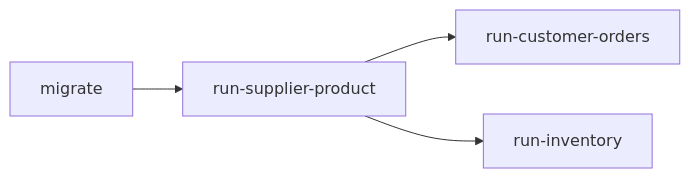
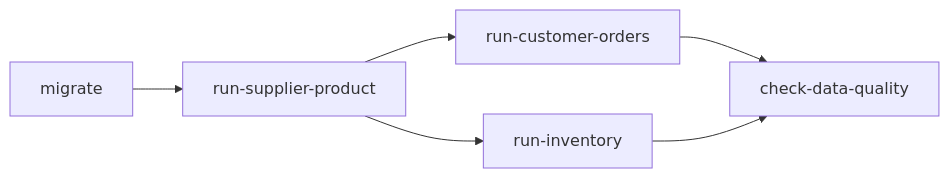
Before and after one commit to yaya-soumah/agpp-data-platform: the third of 3 diagrams in README.md, drawn with Mermaid. The commit also changed other lines of this file and 8 other files, not shown here.

Commit message:
feat: add the quality catalog, a latest-results view and a data-quality DAG task (#48)

````diff
--- a/README.md
+++ b/README.md
@@ -270,6 +270,8 @@
 ```mermaid
 flowchart LR
     M[migrate] --> SP[run-supplier-product]
     SP --> CO[run-customer-orders]
     SP --> INV[run-inventory]
+    CO --> DQ[check-data-quality]
+    INV --> DQ
 ```
````
